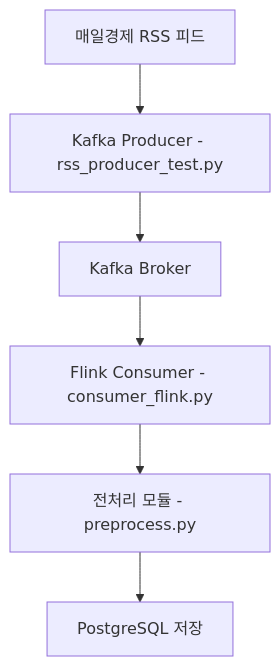
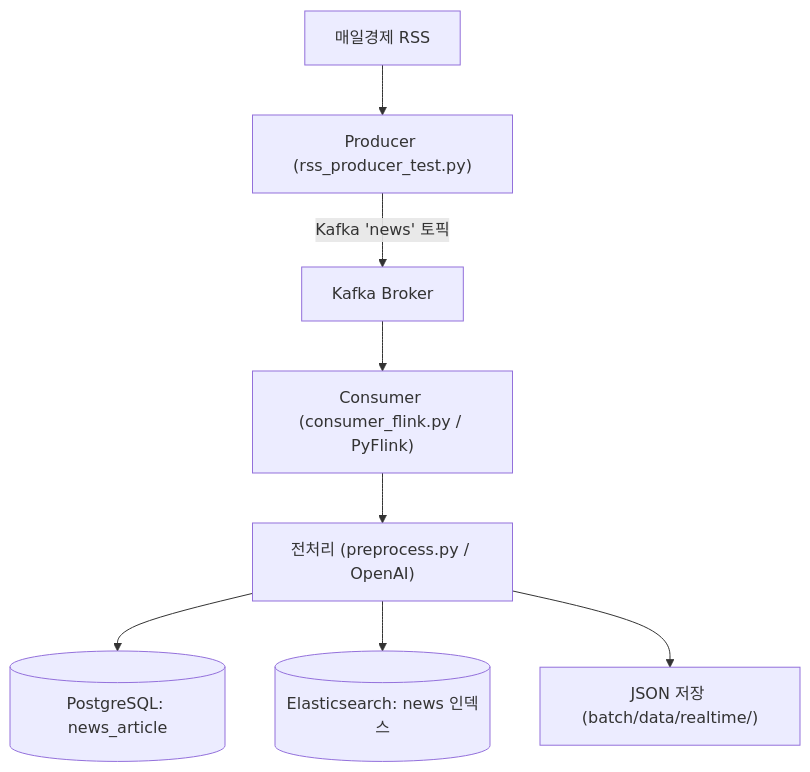
One commit to ha-nyang-95/news-recommendation-system changed the diagram in data-pjt/README.md. Above: the diagram before and after it, drawn with Mermaid. The commit also changed other lines of this file and 4 other files, not shown here.

````diff
--- a/data-pjt/README.md
+++ b/data-pjt/README.md
@@ -250,8 +17,10 @@
 ```mermaid
 graph TD
-A[매일경제 RSS 피드] --> B[Kafka Producer - rss_producer_test.py]
-B --> C[Kafka Broker]
-C --> D[Flink Consumer - consumer_flink.py]
-D --> E[전처리 모듈 - preprocess.py]
-E --> F[PostgreSQL 저장]
+A[매일경제 RSS] --> B["Producer (rss_producer_test.py)"]
+B -->|Kafka 'news' 토픽| C[Kafka Broker]
+C --> D["Consumer (consumer_flink.py / PyFlink)"]
+D --> E["전처리 (preprocess.py / OpenAI)"]
+E --> F[(PostgreSQL: news_article)]
+E --> G[(Elasticsearch: news 인덱스)]
+E --> H["JSON 저장 (batch/data/realtime/)"]
 ```
````
